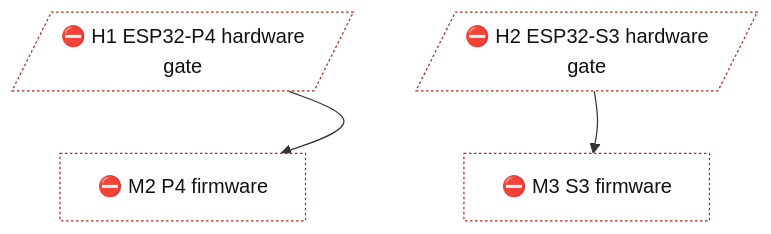
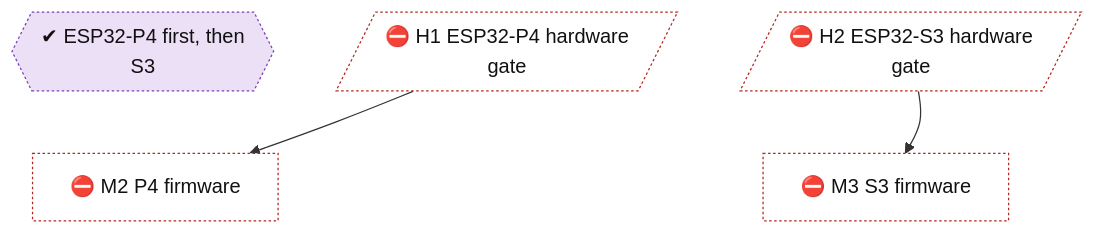
The diagram in docs/roadmap/tracks/plat.md (lhns/embedded-browser), drawn with Mermaid before and after one commit. The commit also changed 4 other files, not shown here.

Commit message:
Regenerate roadmap with the pinned tech-tree version

````diff
--- a/docs/roadmap/tracks/plat.md
+++ b/docs/roadmap/tracks/plat.md
@@ -10,26 +10,29 @@
 ```mermaid
 flowchart TB
+    plat_boards_p4_first{{"✔ ESP32-P4 first, then<br/>S3"}}
     plat_h1_p4_gate[/"⛔ H1 ESP32-P4 hardware<br/>gate"/]
     plat_h2_s3_gate[/"⛔ H2 ESP32-S3 hardware<br/>gate"/]
     plat_m2_p4_firmware["⛔ M2 P4 firmware"]
     plat_m3_s3_firmware["⛔ M3 S3 firmware"]
-    plat_h1_p4_gate ~~~ plat_m2_p4_firmware
+    plat_boards_p4_first ~~~ plat_m2_p4_firmware
+    plat_h1_p4_gate ~~~ plat_m3_s3_firmware
     plat_h2_s3_gate ~~~ plat_m3_s3_firmware
     plat_h1_p4_gate --> plat_m2_p4_firmware
     plat_h2_s3_gate --> plat_m3_s3_firmware
     classDef vsucc fill:#2e9e4f,stroke:#1b6b34,color:#fff
     classDef succ fill:#bfe8c8,stroke:#2e9e4f,color:#111
     classDef mixed fill:#ffd37a,stroke:#c98a00,color:#111
     classDef bad fill:#f28b82,stroke:#b3261e,color:#111
     classDef dead fill:#e6e6e6,stroke:#777,stroke-dasharray:5 5,color:#555
     classDef inprog fill:#a8cdf5,stroke:#1f6fc5,color:#111
     classDef next fill:#fff,stroke:#333,color:#111
     classDef blocked fill:#fff,stroke:#b3261e,stroke-dasharray:2 2,color:#111
     classDef parked fill:#f3f3f3,stroke:#999,color:#555
     classDef unrated fill:#fff,stroke:#333,stroke-dasharray:1 3,color:#111
     classDef gate fill:#d9c2f0,stroke:#7b3fb5,color:#111
     classDef decided fill:#ece0f7,stroke:#7b3fb5,stroke-dasharray:2 2,color:#111
     classDef finding fill:#ffe0b2,stroke:#d84315,stroke-width:2px,color:#111
     classDef waiting fill:#e3f2fd,stroke:#1f6fc5,stroke-dasharray:5 5,color:#111
+    class plat_boards_p4_first decided
     class plat_h1_p4_gate,plat_h2_s3_gate,plat_m2_p4_firmware,plat_m3_s3_firmware blocked
 ```
````
